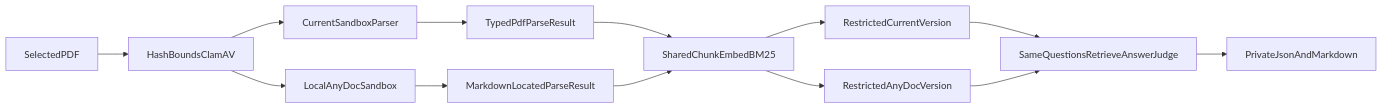
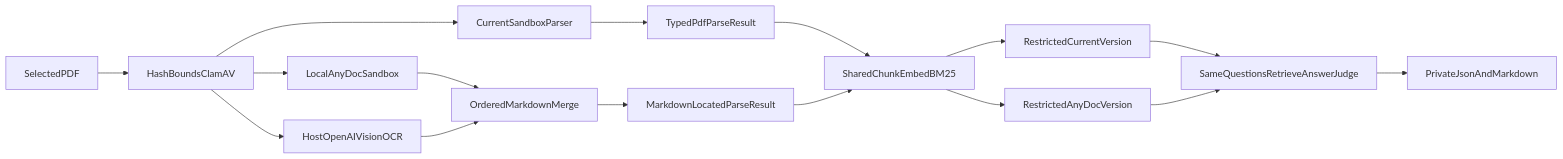
One commit to Nagdy8888/smart-rag changed the diagram in docs/evaluation/PARSER_BAKEOFF.md. Above: the diagram before and after it, drawn with Mermaid. The commit also changed other lines of this file and 149 other files, not shown here.

````diff
--- a/docs/evaluation/PARSER_BAKEOFF.md
+++ b/docs/evaluation/PARSER_BAKEOFF.md
@@ -20,15 +21,18 @@
 ```mermaid
 flowchart LR
   sourcePdf[SelectedPDF] --> preflight[HashBoundsClamAV]
   preflight --> currentPath[CurrentSandboxParser]
   preflight --> anydocPath[LocalAnyDocSandbox]
+  preflight --> hostOcr[HostOpenAIVisionOCR]
   currentPath --> currentResult[TypedPdfParseResult]
-  anydocPath --> anydocResult[MarkdownLocatedParseResult]
+  anydocPath --> mergeMd[OrderedMarkdownMerge]
+  hostOcr --> mergeMd
+  mergeMd --> anydocResult[MarkdownLocatedParseResult]
   currentResult --> sharedDownstream[SharedChunkEmbedBM25]
   anydocResult --> sharedDownstream
   sharedDownstream --> currentVersion[RestrictedCurrentVersion]
   sharedDownstream --> anydocVersion[RestrictedAnyDocVersion]
   currentVersion --> pairedEval[SameQuestionsRetrieveAnswerJudge]
   anydocVersion --> pairedEval
   pairedEval --> reports[PrivateJsonAndMarkdown]
 ```
````
